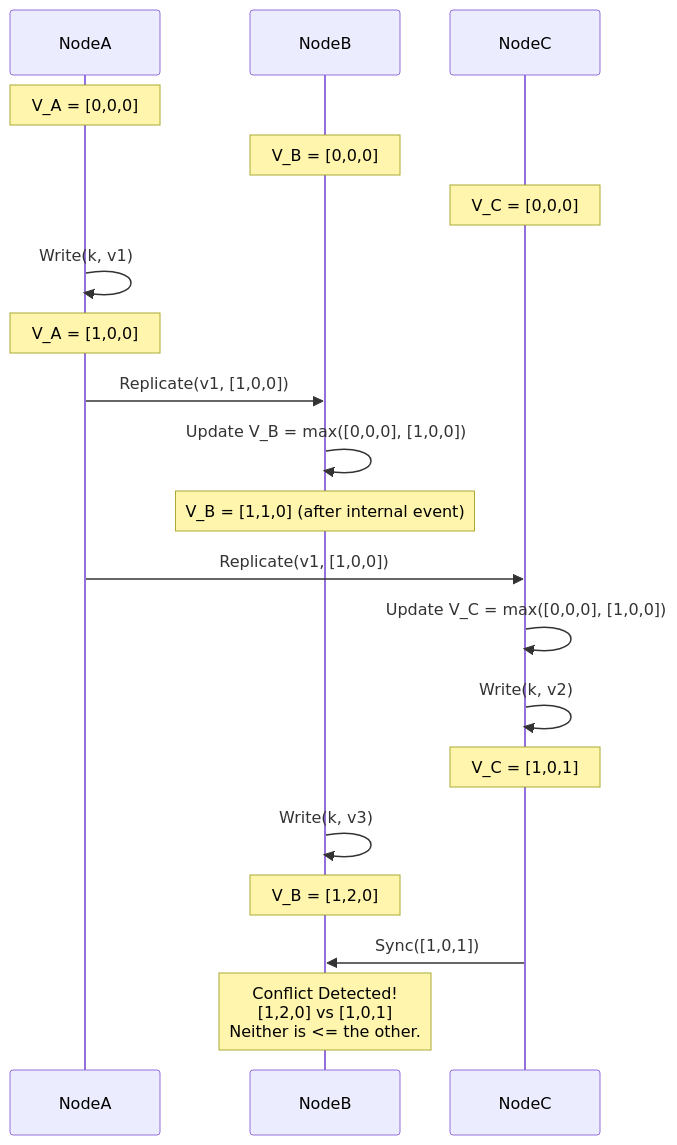
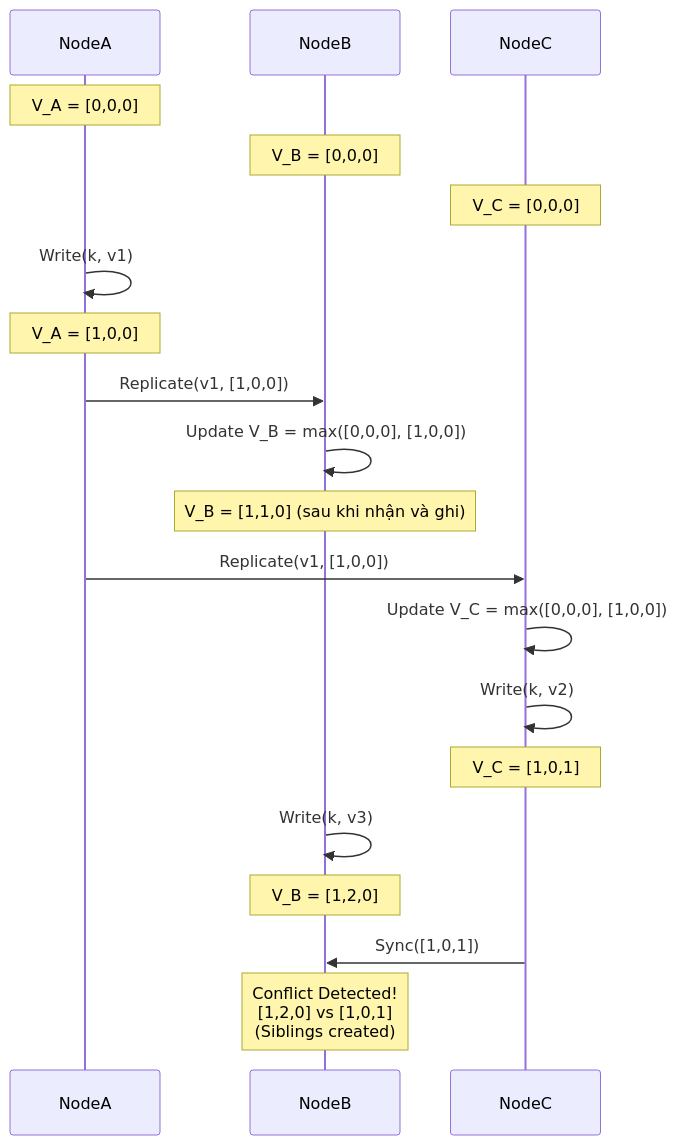
The diagram in blogs/part-4/28-vector-clocks-crdts.md (caubebinhan/landingpage), drawn with Mermaid before and after one commit. The commit also changed other lines of this file and 6563 other files, not shown here.

````diff
--- a/blogs/part-4/28-vector-clocks-crdts.md
+++ b/blogs/part-4/28-vector-clocks-crdts.md
@@ -9,27 +47,27 @@
 ```mermaid
 sequenceDiagram
     participant NodeA
     participant NodeB
     participant NodeC
     Note over NodeA: V_A = [0,0,0]
     Note over NodeB: V_B = [0,0,0]
     Note over NodeC: V_C = [0,0,0]
     
     NodeA->>NodeA: Write(k, v1)
     Note over NodeA: V_A = [1,0,0]
     
     NodeA->>NodeB: Replicate(v1, [1,0,0])
     NodeB->>NodeB: Update V_B = max([0,0,0], [1,0,0])
-    Note over NodeB: V_B = [1,1,0] (after internal event)
+    Note over NodeB: V_B = [1,1,0] (sau khi nhận và ghi)
     
     NodeA->>NodeC: Replicate(v1, [1,0,0])
     NodeC->>NodeC: Update V_C = max([0,0,0], [1,0,0])
     NodeC->>NodeC: Write(k, v2)
     Note over NodeC: V_C = [1,0,1]
     
     NodeB->>NodeB: Write(k, v3)
     Note over NodeB: V_B = [1,2,0]
     
     NodeC->>NodeB: Sync([1,0,1])
-    Note over NodeB: Conflict Detected!<br/>[1,2,0] vs [1,0,1]<br/>Neither is <= the other.
+    Note over NodeB: Conflict Detected!<br/>[1,2,0] vs [1,0,1]<br/>(Siblings created)
 ```
````
